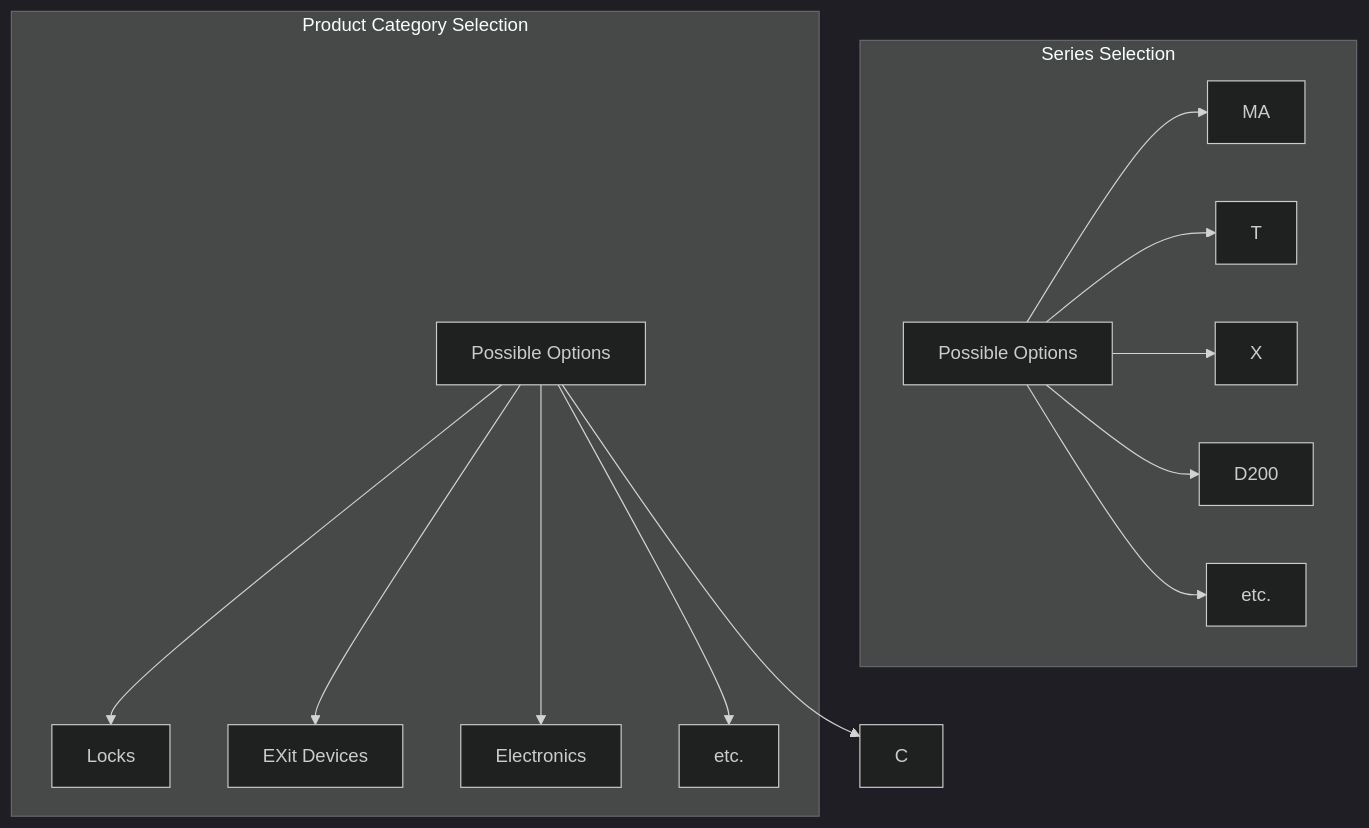
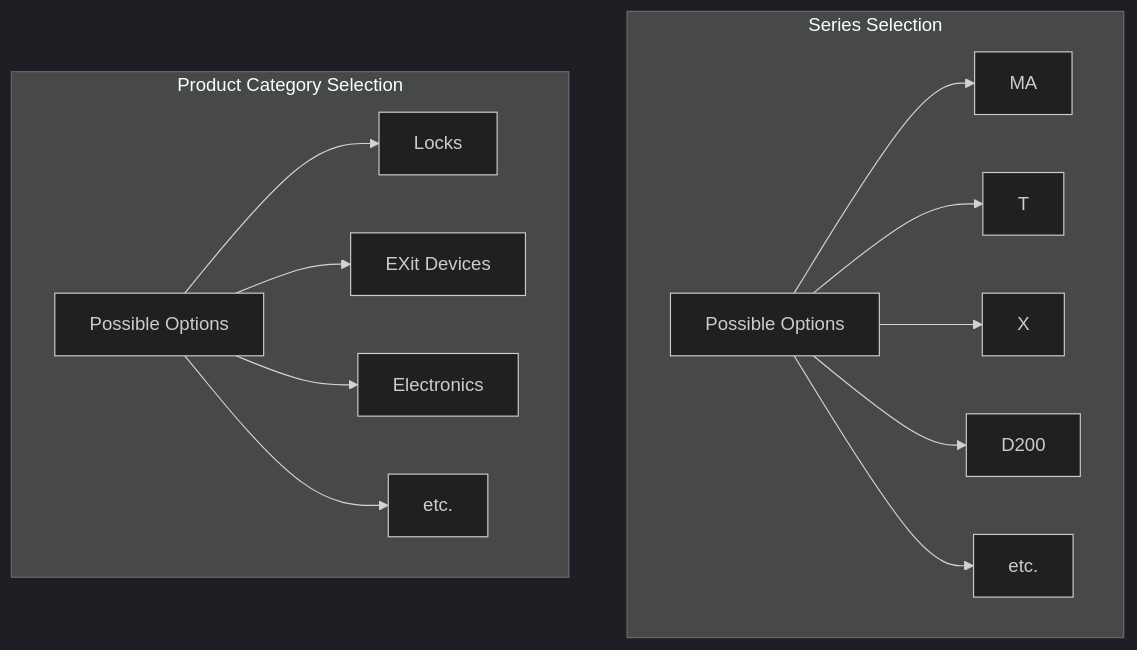
The fifth of 13 diagrams in README.md (alokdas81/diamond-pricebook-diagram), drawn with Mermaid (dark theme) before and after one commit.

Commit message:
readme updated

````diff
--- a/README.md
+++ b/README.md
@@ -348,34 +348,33 @@
 ```mermaid
 flowchart TD
 
 
 subgraph Series Selection
 G[Possible Options]
 MA
 T
 X
 D200
 J[etc.]
 end
 
 subgraph Product Category Selection
 A[Possible Options]
 B[Locks]
 D[EXit Devices]
 E[Electronics]
 F[etc.]
 end
 
 A --> B
-A --> C
 A --> D
 A --> E
 A --> F
 
 G --> MA
 G --> T
 G --> X
 G --> D200
 G --> J
 
 ```
````
